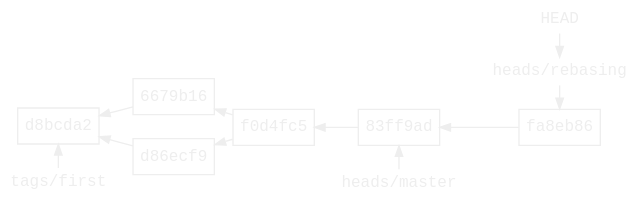
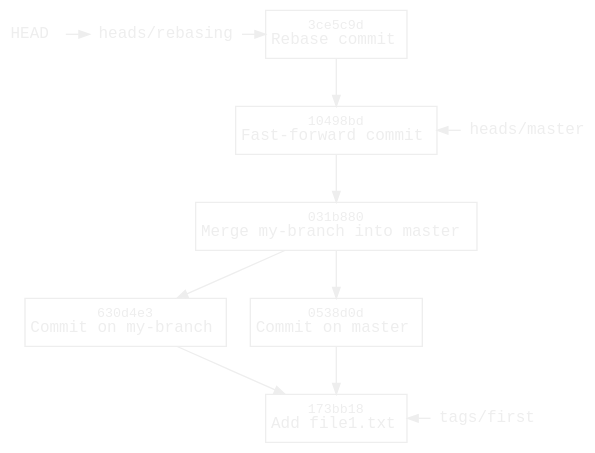
The diagram in content/blog/git/rebase.dot (williamvds/website), drawn with Graphviz before and after one commit. The commit also changed 16 other files, not shown here.

```diff
--- a/content/blog/git/rebase.dot
+++ b/content/blog/git/rebase.dot
@@ -1,46 +1,50 @@
 digraph branch {
     bgcolor = transparent
     color = white
-    rankdir = RL
-    ranksep = 0.2
-    node [fontname=monospace, fontsize=12, fontcolor="#eeeeee",
-          margin="0.06,0.1", height=0, color="#eeeeee"]
-    edge [fontcolor="#eeeeee", color="#eeeeee", arrowsize=0.8]
 
-    node [shape=box, labeldistance=0.2]
-    "d8bcda2"
-    "fa8eb86"
-    "6679b16"
-    "d86ecf9"
-    "f0d4fc5"
-    "83ff9ad"
+    node [fontname=monospace fontsize=12 fontcolor="#eeeeee",
+          margin="0.06,0.1" height=0 color="#eeeeee"]
+    edge [fontcolor="#eeeeee" color="#eeeeee" arrowsize=0.8]
 
-    node [shape=none, margin=0.05, height=0]
+    node [shape=box labeldistance=0.2]
+    "173bb18" [label=<<font point-size="10">173bb18</font><br/>Add file1.txt>]
+    "630d4e3" [label=<<font point-size="10">630d4e3</font><br/>Commit on my-branch>]
+    "0538d0d" [label=<<font point-size="10">0538d0d</font><br/>Commit on master>]
+    "031b880" [label=<<font point-size="10">031b880</font><br/>Merge my-branch into master>]
+    "10498bd" [label=<<font point-size="10">10498bd</font><br/>Fast-forward commit>]
+    "3ce5c9d" [label=<<font point-size="10">3ce5c9d</font><br/>Rebase commit>]
+
+    node [shape=none margin=0.05 height=0]
     HEAD
     master [label="heads/master"]
     rebasing [label="heads/rebasing"]
     first [label="tags/first"]
 
-    "6679b16" -> "d8bcda2"
-    "d86ecf9" -> "d8bcda2"
-    "f0d4fc5" -> "6679b16"
-    "f0d4fc5" -> "d86ecf9"
-    "83ff9ad" -> "f0d4fc5"
-    "fa8eb86" -> "83ff9ad"
+    // master
+    {
+        edge [weight=3]
+        "0538d0d" -> "173bb18"
+        "031b880" -> "0538d0d"
+        "10498bd" -> "031b880"
+    }
+
+    "630d4e3" -> "173bb18"
+    "031b880" -> "630d4e3"
+    "3ce5c9d" -> "10498bd"
 
     {
         rank = same
-        first -> "d8bcda2" [constraint=false]
+        first -> "173bb18" [constraint=false]
     }
 
     {
         rank = same
-        master -> "83ff9ad" [constraint=false, weight=1]
+        master -> "10498bd" [constraint=false weight=1]
     }
 
     {
         rank = same
         HEAD -> rebasing
-        rebasing -> "fa8eb86"
+        rebasing -> "3ce5c9d"
     }
 }
```
